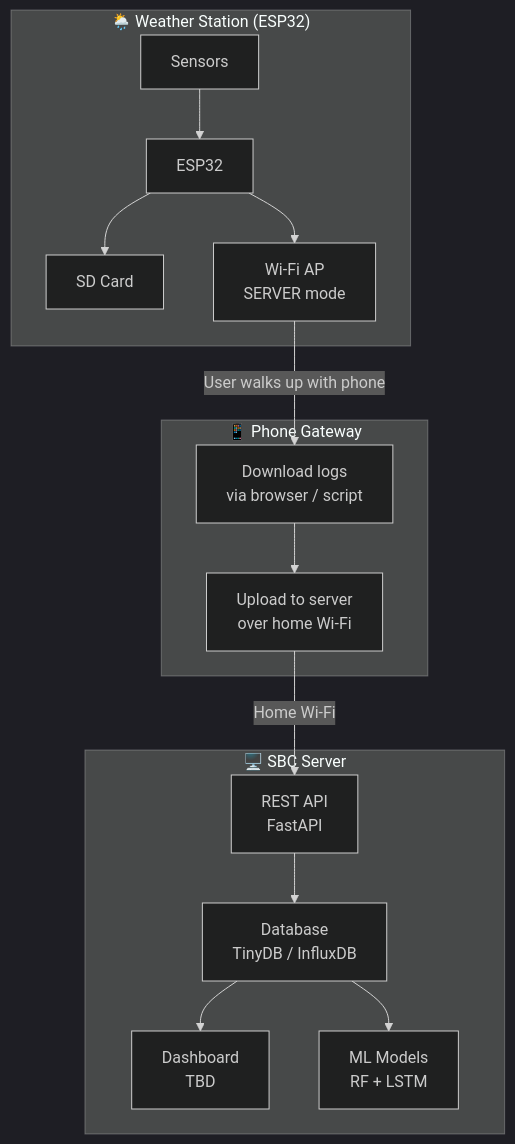
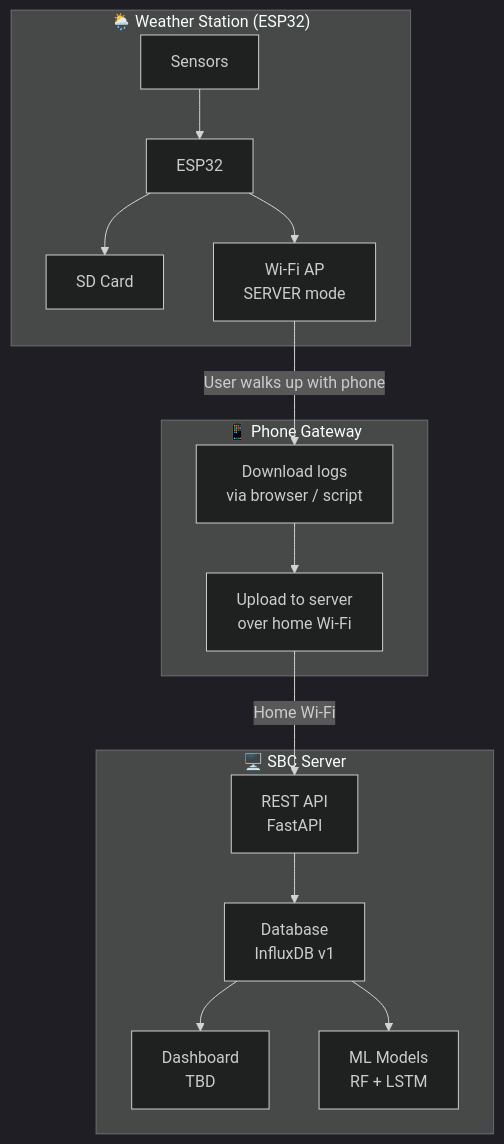
The first of 3 diagrams in docs/chapters/02-architecture.qmd (wg1d/personal-autonomous-weather-station), drawn with Mermaid (dark theme) before and after one commit. The commit also changed other lines of this file and 2 other files, not shown here.

First line of the commit message:
docs(book): align chapters with updated roadmap phase numbering

````diff
--- a/docs/chapters/02-architecture.qmd
+++ b/docs/chapters/02-architecture.qmd
@@ -20,27 +20,27 @@
 ```{mermaid}
 %%| column: page
 flowchart TB
     subgraph Station["🌦️ Weather Station (ESP32)"]
         S1[Sensors] --> MCU[ESP32]
         MCU --> SD[SD Card]
         MCU --> AP[Wi-Fi AP<br/>SERVER mode]
     end
 
     subgraph Phone["📱 Phone Gateway"]
         DL[Download logs<br/>via browser / script]
         UL[Upload to server<br/>over home Wi-Fi]
         DL --> UL
     end
 
     subgraph Backend["🖥️ SBC Server"]
         API[REST API<br/>FastAPI]
-        DB[Database<br/>TinyDB / InfluxDB]
+        DB[Database<br/>InfluxDB v1]
         DASH[Dashboard<br/>TBD]
         ML[ML Models<br/>RF + LSTM]
         API --> DB --> DASH
         DB --> ML
     end
 
     AP -->|"User walks up with phone"| DL
     UL -->|"Home Wi-Fi"| API
 ```
````
